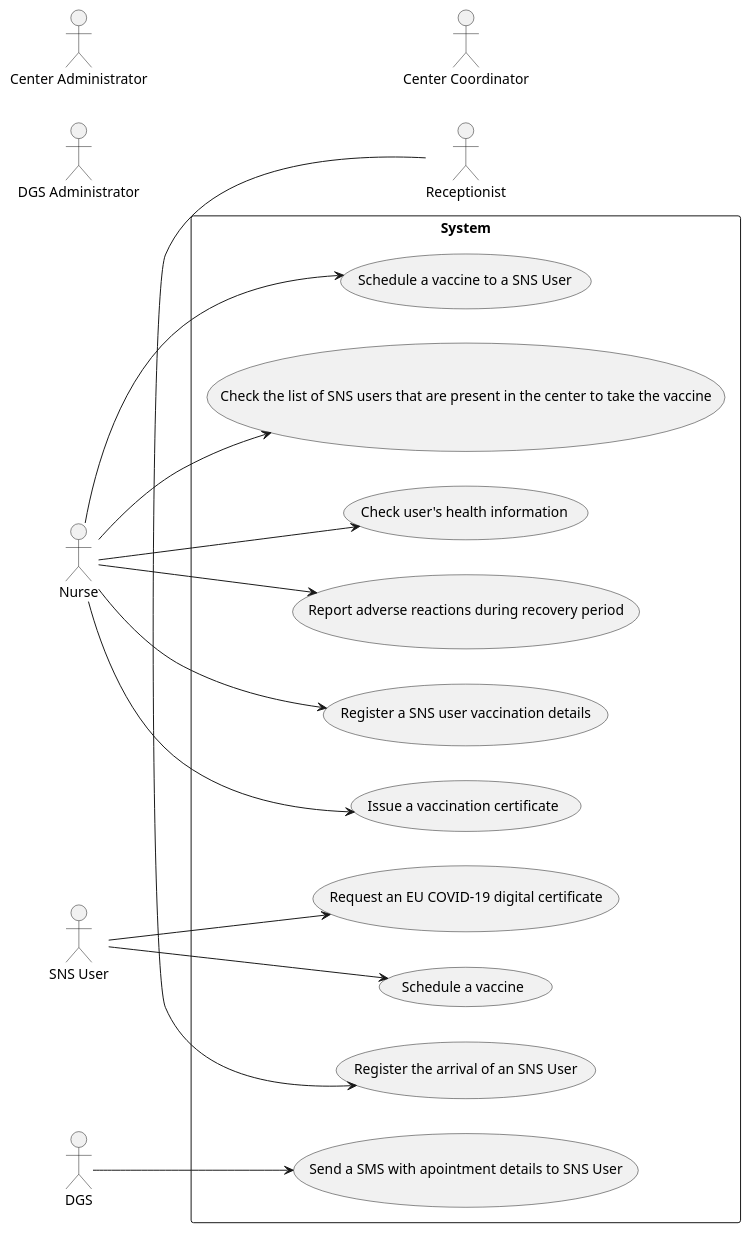
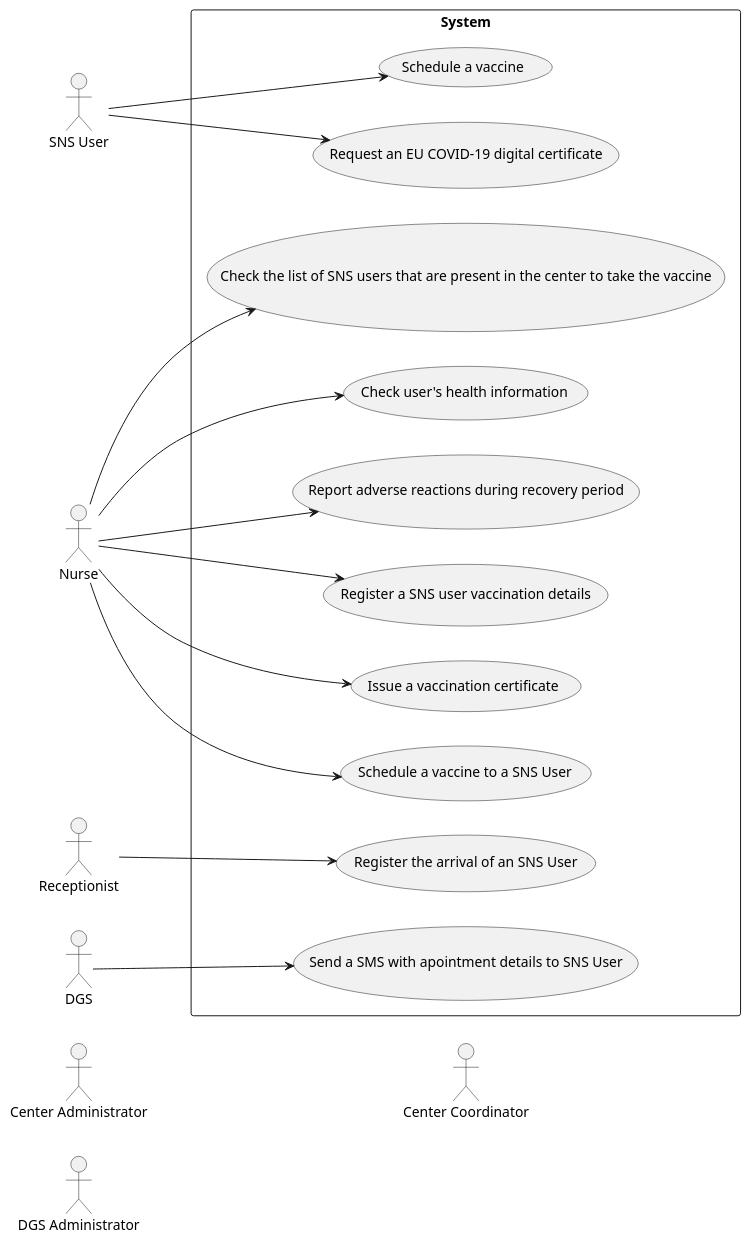
One commit to miseEnPlace-i/lapr2 changed the diagram in docs/SprintA/UCD.puml. Above: the diagram before and after it, drawn with PlantUML.

Commit message:
fix(ucd): receptionist

```diff
--- a/docs/SprintA/UCD.puml
+++ b/docs/SprintA/UCD.puml
@@ -1,39 +1,39 @@
 @startuml UCD
 
 left to right direction
 
 actor "SNS User" as user
 actor "Nurse" as nurse
 actor "Receptionist" as recept
 actor "Center Administrator" as cadmin
 actor "DGS Administrator" as dgsadmin
 actor "Center Coordinator" as coordinator
 actor "DGS" as dgs
 
 rectangle System {
   usecase "Register the arrival of an SNS User" as UC10
   usecase "Schedule a vaccine" as UC01
   usecase "Request an EU COVID-19 digital certificate" as UC02
   usecase "Send a SMS with apointment details to SNS User" as UC03
   usecase "Issue a vaccination certificate" as UC04
   usecase "Schedule a vaccine to a SNS User" as UC05
   usecase "Check the list of SNS users that are present in the center to take the vaccine" as UC06
   usecase "Check user's health information" as UC07
   usecase "Report adverse reactions during recovery period" as UC08
   usecase "Register a SNS user vaccination details" as UC09
 
 }
 
 user --> UC01
 user --> UC02
 dgs --> UC03
 nurse --> UC04
 nurse --> UC05
 nurse --> UC06
 nurse --> UC07
 nurse --> UC08
-nurse -> UC09
-recept -> UC10
+nurse --> UC09
+recept --> UC10
 
 
 @enduml
```
